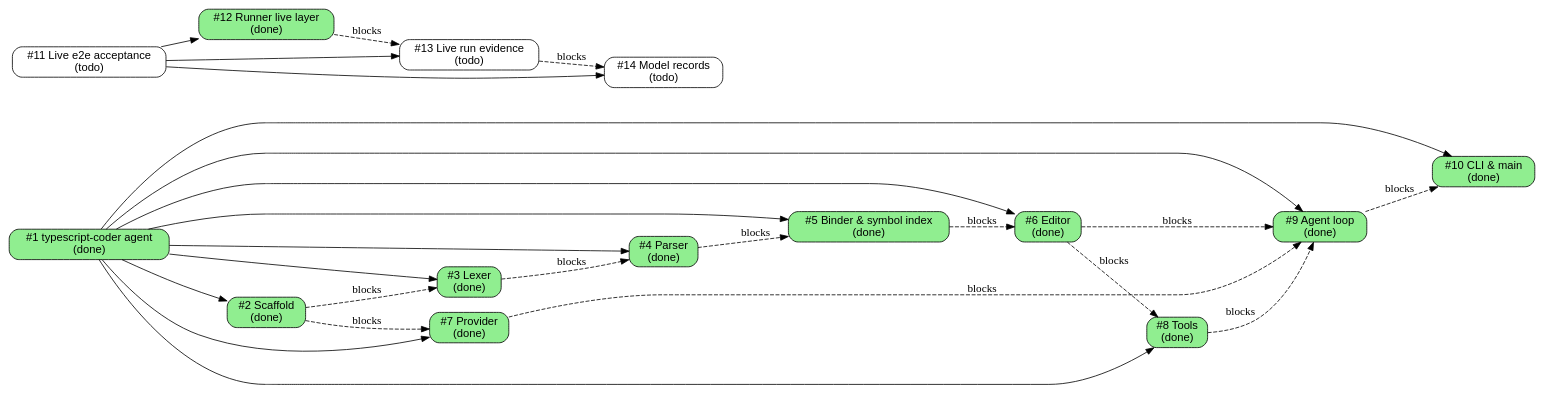
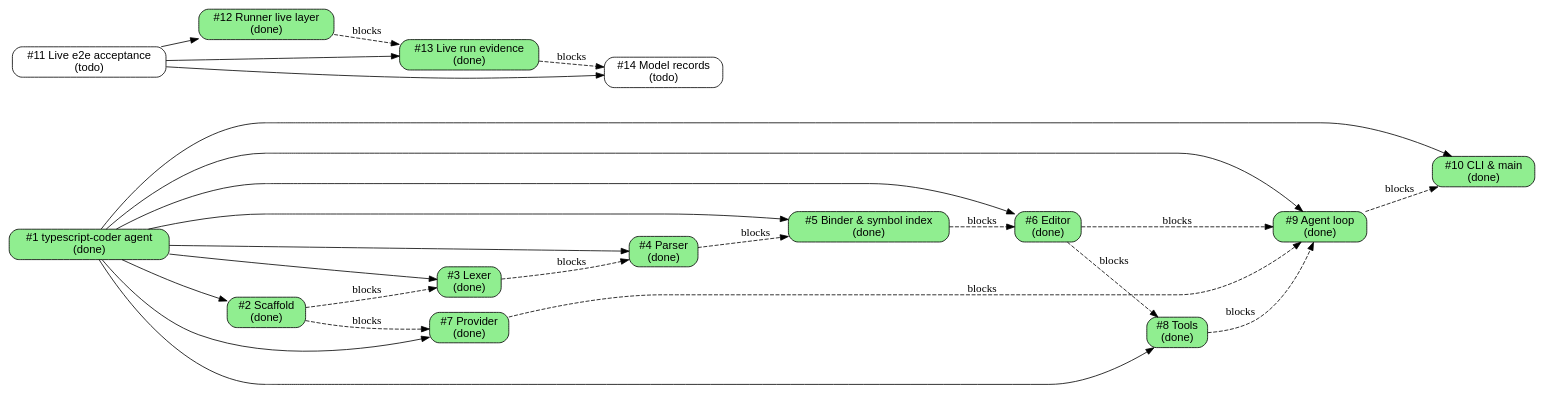
One commit to illusory0x0/typescript-coder changed the diagram in issues/todo.md. Above: the diagram before and after it, drawn with Graphviz. The commit also changed other lines of this file and 1 other file, not shown here.

Commit message:
Run live end-to-end acceptance and capture evidence (issue #13)

````diff
--- a/issues/todo.md
+++ b/issues/todo.md
@@ -7,53 +7,53 @@
 ```dot
 digraph issues {
   rankdir=LR;
   node [shape=box, style="rounded,filled", fontname="Helvetica"];
 
   // status colors: todo=white, in-progress=lightyellow, review=lightblue,
   //                done=lightgreen, wontfix=lightgrey
   "1"  [label="#1 typescript-coder agent\n(done)", fillcolor="lightgreen"];
   "2"  [label="#2 Scaffold\n(done)", fillcolor="lightgreen"];
   "3"  [label="#3 Lexer\n(done)", fillcolor="lightgreen"];
   "4"  [label="#4 Parser\n(done)", fillcolor="lightgreen"];
   "5"  [label="#5 Binder & symbol index\n(done)", fillcolor="lightgreen"];
   "6"  [label="#6 Editor\n(done)", fillcolor="lightgreen"];
   "7"  [label="#7 Provider\n(done)", fillcolor="lightgreen"];
   "8"  [label="#8 Tools\n(done)", fillcolor="lightgreen"];
   "9"  [label="#9 Agent loop\n(done)", fillcolor="lightgreen"];
   "10" [label="#10 CLI & main\n(done)", fillcolor="lightgreen"];
   "11" [label="#11 Live e2e acceptance\n(todo)", fillcolor="white"];
   "12" [label="#12 Runner live layer\n(done)", fillcolor="lightgreen"];
-  "13" [label="#13 Live run evidence\n(todo)", fillcolor="white"];
+  "13" [label="#13 Live run evidence\n(done)", fillcolor="lightgreen"];
   "14" [label="#14 Model records\n(todo)", fillcolor="white"];
 
   // tree edges (parent -> child), solid
   "1" -> "2";
   "1" -> "3";
   "1" -> "4";
   "1" -> "5";
   "1" -> "6";
   "1" -> "7";
   "1" -> "8";
   "1" -> "9";
   "1" -> "10";
 
   // tree edges (parent -> child), solid
   "11" -> "12";
   "11" -> "13";
   "11" -> "14";
 
   // dependency edges (blocker -> blocked), dashed
   "2" -> "3" [style=dashed, label="blocks"];
   "3" -> "4" [style=dashed, label="blocks"];
   "4" -> "5" [style=dashed, label="blocks"];
   "5" -> "6" [style=dashed, label="blocks"];
   "2" -> "7" [style=dashed, label="blocks"];
   "6" -> "8" [style=dashed, label="blocks"];
   "6" -> "9" [style=dashed, label="blocks"];
   "7" -> "9" [style=dashed, label="blocks"];
   "8" -> "9" [style=dashed, label="blocks"];
   "9" -> "10" [style=dashed, label="blocks"];
   "12" -> "13" [style=dashed, label="blocks"];
   "13" -> "14" [style=dashed, label="blocks"];
 }
 ```
````
